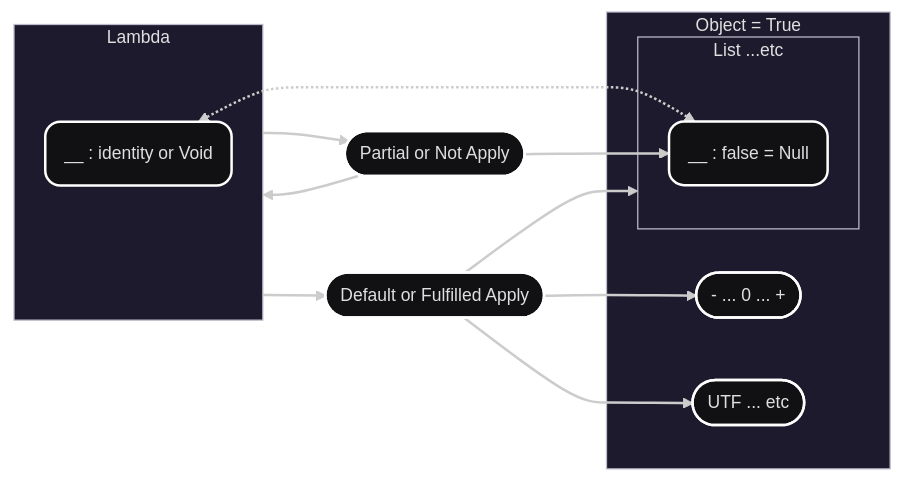
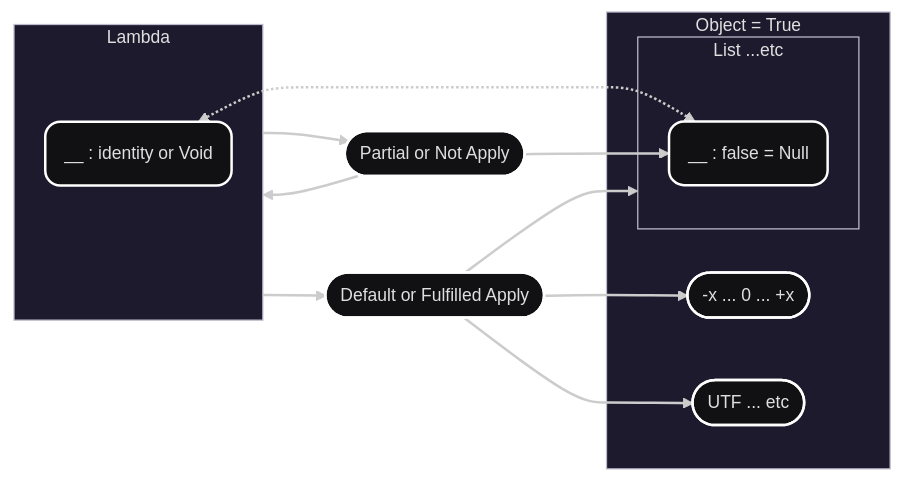
Before and after one commit to et-key/sign: the first of 2 diagrams in README.md, drawn with Mermaid. The commit also changed 2 other files, not shown here.

Commit message:
update : alpha

````diff
--- a/README.md
+++ b/README.md
@@ -37,28 +37,28 @@
 ```mermaid
 ---
 config:
   theme: redux-dark
 ---
 graph LR
 
 subgraph Lambda
         identity( __ : identity or Void )
 end
 
 subgraph Object[ Object = True ]
-    Number([ - ... 0 ... +])
-    Letter([ UTF ... etc])
+    Number([ -x ... 0 ... +x ])
+    Letter([ UTF ... etc ])
 
     subgraph List [ List ...etc ]
         False( __ : false = Null)
     end
 end
 
 Apply([ Default or Fulfilled Apply ])
 Partial([ Partial or Not Apply ])
 
 identity <-.-> False
 Lambda --> Partial & Apply
 Partial --> False & Lambda
 Apply --> List & Number & Letter
 ```
````
